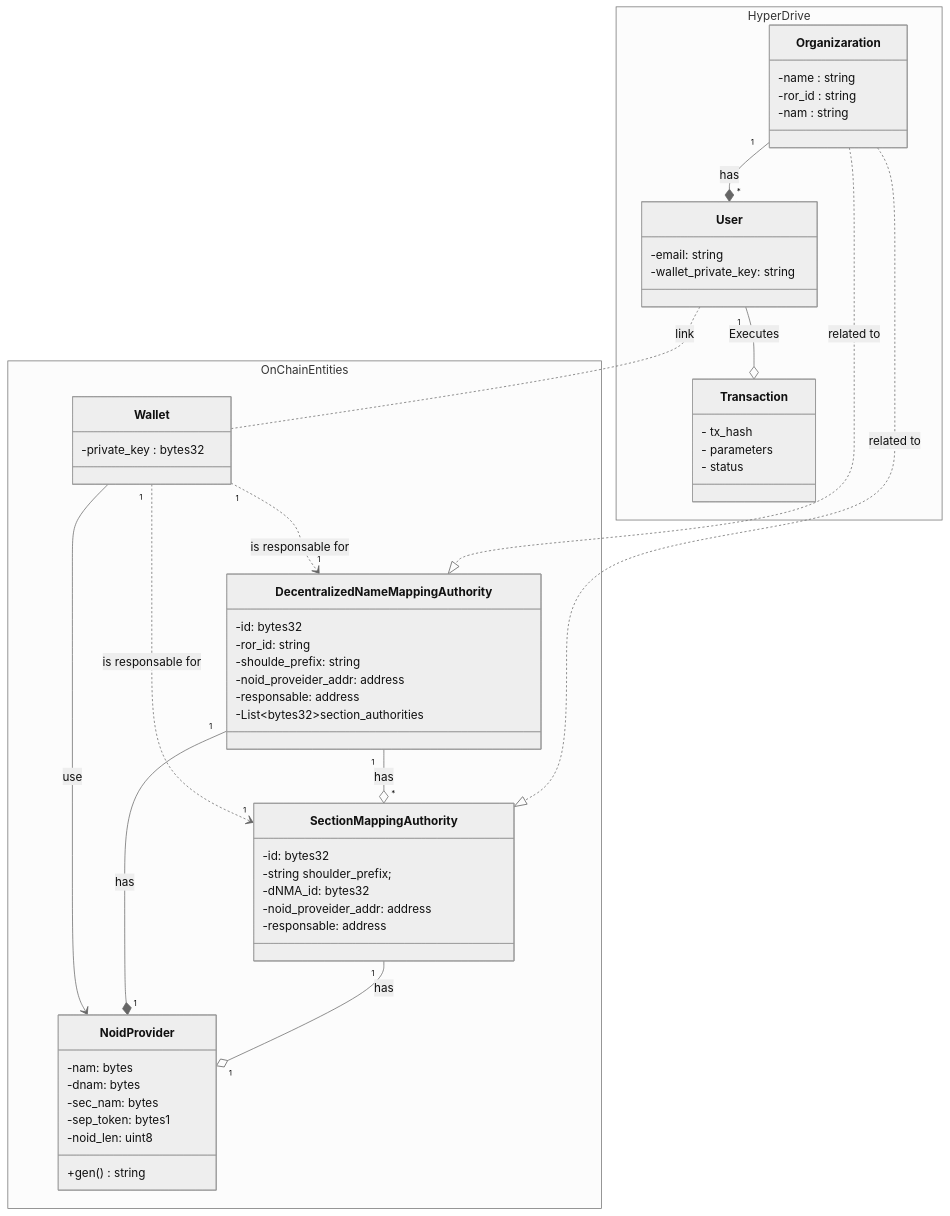
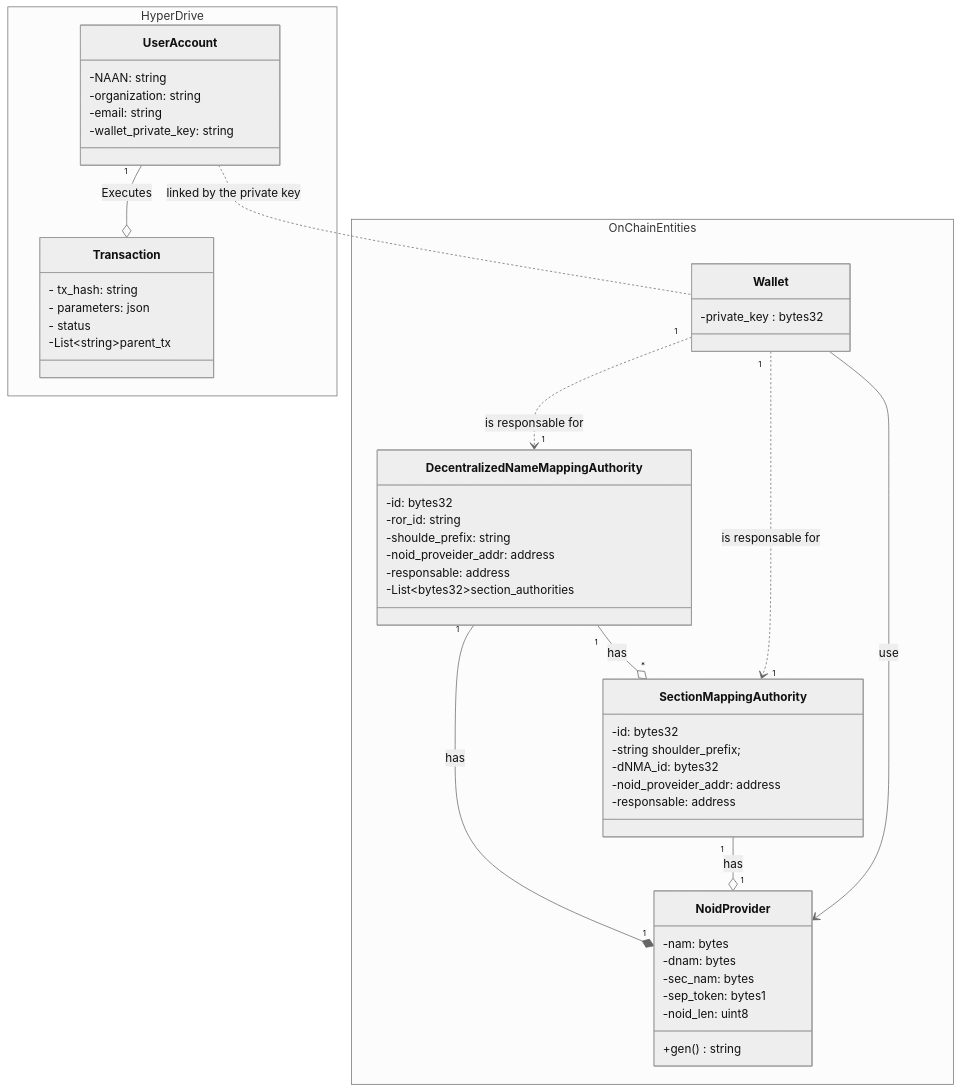
One commit to dark-pid/hyperdrive changed the diagram in docs/diagrams/entities_on_and_off_chain.mmd. Above: the diagram before and after it, drawn with Mermaid (neutral theme).

Commit message:
Update entities_on_and_off_chain.mmd
#53

```diff
--- a/docs/diagrams/entities_on_and_off_chain.mmd
+++ b/docs/diagrams/entities_on_and_off_chain.mmd
@@ -1,73 +1,71 @@
 classDiagram
 
 namespace HyperDrive {
 
-    class Organizaration {
-        -name : string
-        -ror_id : string
-        -nam : string
-    }
-
-    class User{
+    class UserAccount{
+        %%  Name Assigning Authority Number
+        -NAAN: string
+        -organization: string
         -email: string
         -wallet_private_key: string
     }
 
     class Transaction {
-        - tx_hash
-        - parameters
+        - tx_hash: string
+        - parameters: json
         - status
+        -List~string~parent_tx
     }
 }
 
 namespace OnChainEntities {
 
     class Wallet{
         -private_key : bytes32
     }
     
     class NoidProvider{
         -nam: bytes
         -dnam: bytes
         -sec_nam: bytes
         -sep_token: bytes1
         -noid_len: uint8
 
         +gen() string
     }
 
     class DecentralizedNameMappingAuthority{
         -id: bytes32
         -ror_id: string
         -shoulde_prefix: string
         -noid_proveider_addr: address
         -responsable: address
         -List~bytes32~section_authorities
     }
 
     class SectionMappingAuthority {
         -id: bytes32
         -string shoulder_prefix;
         -dNMA_id: bytes32
         -noid_proveider_addr: address
         -responsable: address
     }
     
 }
 
 %% inter relation
-Organizaration ..|> SectionMappingAuthority  : related to
-Organizaration ..|> DecentralizedNameMappingAuthority : related to
-User .. Wallet : link
+%% Organizaration ..|> SectionMappingAuthority  : related to
+%% Organizaration ..|> DecentralizedNameMappingAuthority : related to
+UserAccount .. Wallet : linked by the private key
 
 %% ddd
-Organizaration "1" --* "*" User: has
-User "1" --o Transaction: Executes
+%% Organizaration "1" --* "*" User: has
+UserAccount "1" --o Transaction: Executes
 
 %% onchain relation
 SectionMappingAuthority "1" --o "1" NoidProvider: has
 DecentralizedNameMappingAuthority "1" --o "*" SectionMappingAuthority: has
 DecentralizedNameMappingAuthority "1" --* "1" NoidProvider: has
 Wallet --> NoidProvider: use
 Wallet "1" ..> "1" SectionMappingAuthority: is responsable for
 Wallet "1" ..> "1" DecentralizedNameMappingAuthority: is responsable for
```
